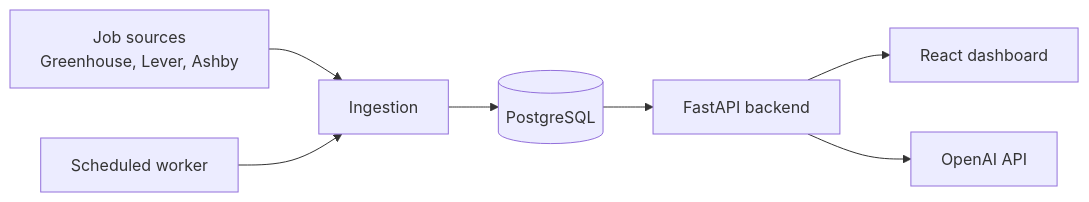
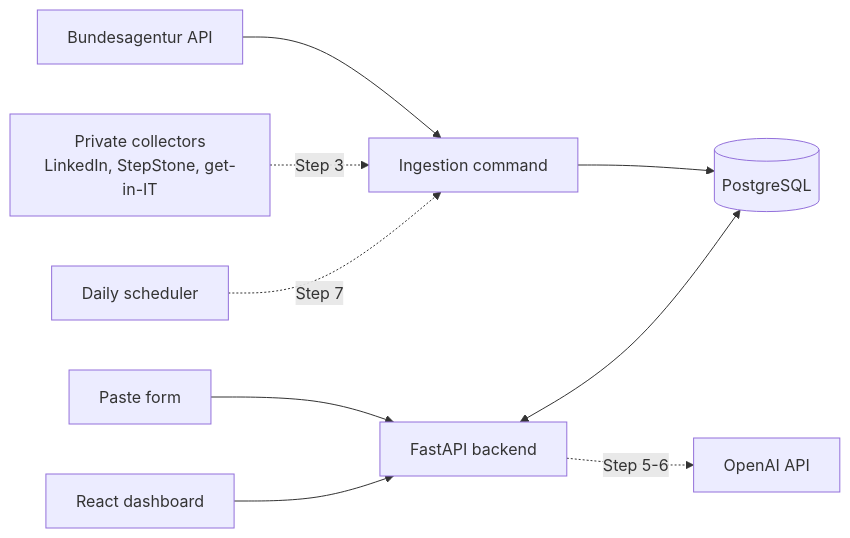
One commit to H76Rezaei/job-intelligence-assistant changed the diagram in docs/architecture.md. Above: the diagram before and after it, drawn with Mermaid. The commit also changed other lines of this file and 14 other files, not shown here.

````diff
--- a/docs/architecture.md
+++ b/docs/architecture.md
@@ -3,9 +3,11 @@
 ```mermaid
 flowchart LR
-    Sources[Job sources<br/>Greenhouse, Lever, Ashby] --> Ingestion
-    Ingestion --> DB[(PostgreSQL)]
-    DB --> API[FastAPI backend]
-    API --> UI[React dashboard]
-    Worker[Scheduled worker] --> Ingestion
-    API --> LLM[OpenAI API]
+    BA[Bundesagentur API] --> Ingest[Ingestion command]
+    Paste[Paste form] --> API
+    Collectors[Private collectors<br/>LinkedIn, StepStone, get-in-IT] -.Step 3.-> Ingest
+    Ingest --> DB[(PostgreSQL)]
+    API[FastAPI backend] <--> DB
+    UI[React dashboard] --> API
+    Scheduler[Daily scheduler] -.Step 7.-> Ingest
+    API -.Step 5-6.-> LLM[OpenAI API]
 ```
````
